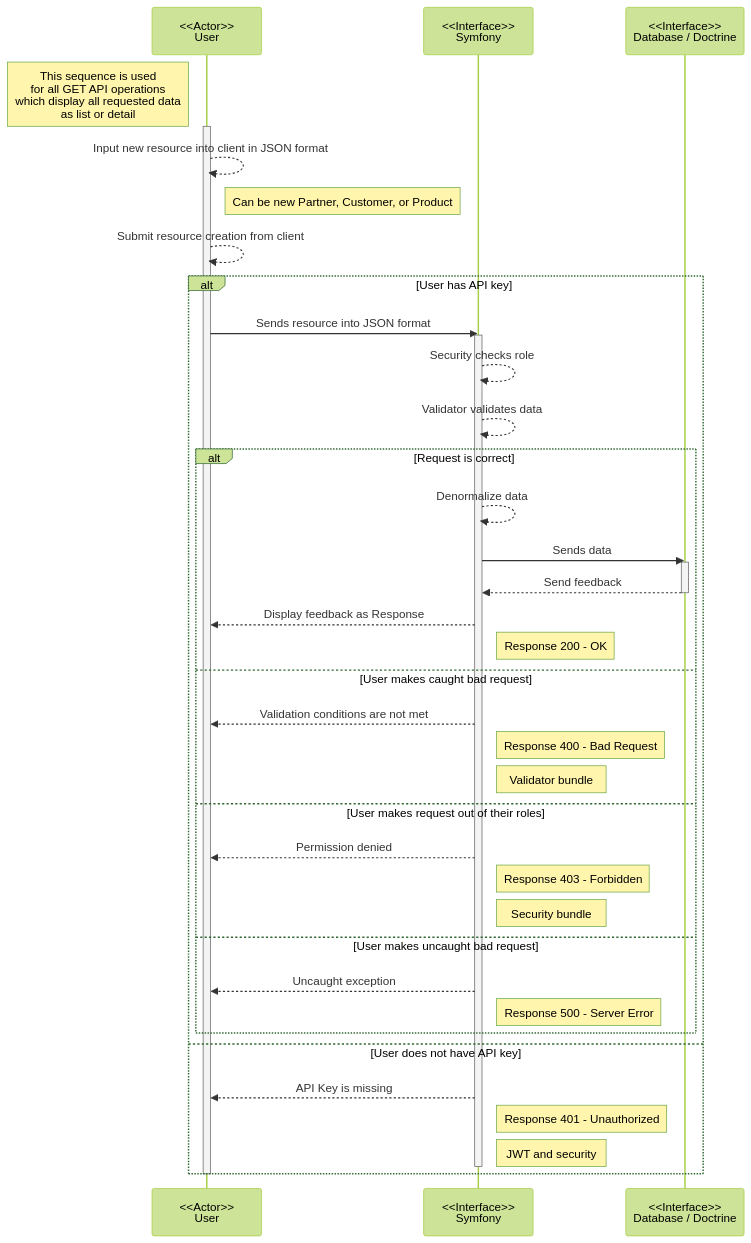
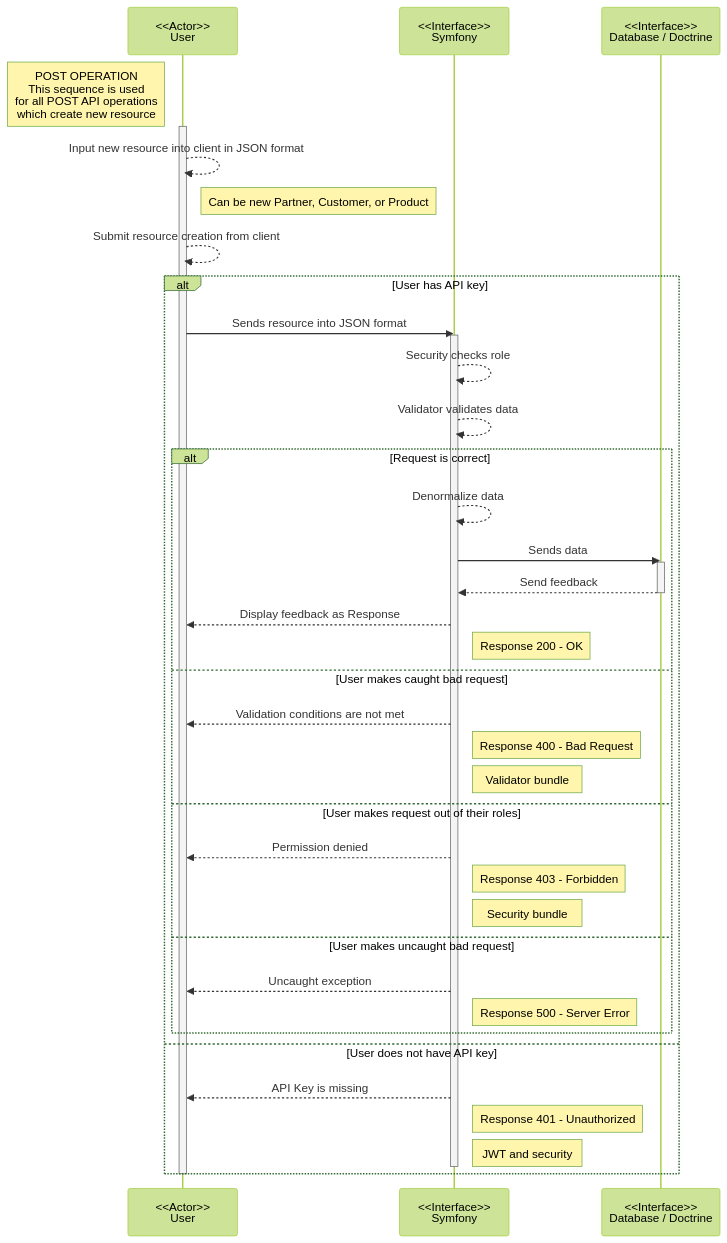
Before and after one commit to Palingenae/OC-P7-BileMo: the diagram in doc/diagrams/sequence_post-operations .md, drawn with Mermaid (forest theme). The commit also changed 1 other file, not shown here.

````diff
--- a/doc/diagrams/sequence_post-operations .md
+++ b/doc/diagrams/sequence_post-operations .md
@@ -1,44 +1,44 @@
 ```mermaid
     sequenceDiagram
     participant U as <<Actor>><br/>User
     participant S as <<Interface>><br/>Symfony
     participant D as <<Interface>><br/>Database / Doctrine
 
-    note left of U: This sequence is used <br/>for all GET API operations<br/>which display all requested data <br/>as list or detail
+    note left of U: POST OPERATION<br/>This sequence is used <br/>for all POST API operations<br/>which create new resource
     activate U
     U -->> U: Input new resource into client in JSON format
     note right of U: Can be new Partner, Customer, or Product
     U -->> U: Submit resource creation from client
     alt User has API key
             U ->> S: Sends resource into JSON format
             activate S
             S -->> S: Security checks role
             S -->> S: Validator validates data
         alt Request is correct
             S -->> S: Denormalize data
             S ->> D: Sends data
             activate D
             D -->> S: Send feedback
             deactivate D
             S -->> U: Display feedback as Response
             note right of S: Response 200 - OK
         else User makes caught bad request
             S -->> U: Validation conditions are not met
             note right of S: Response 400 - Bad Request
             note right of S: Validator bundle
         else User makes request out of their roles
             S -->> U: Permission denied
             note right of S: Response 403 - Forbidden
             note right of S: Security bundle
         else User makes uncaught bad request
             S -->> U: Uncaught exception
             note right of S: Response 500 - Server Error
         end
     else User does not have API key
         S -->> U: API Key is missing
         note right of S: Response 401 - Unauthorized
         note right of S: JWT and security
         deactivate S
     end
     deactivate U
 ```
````
